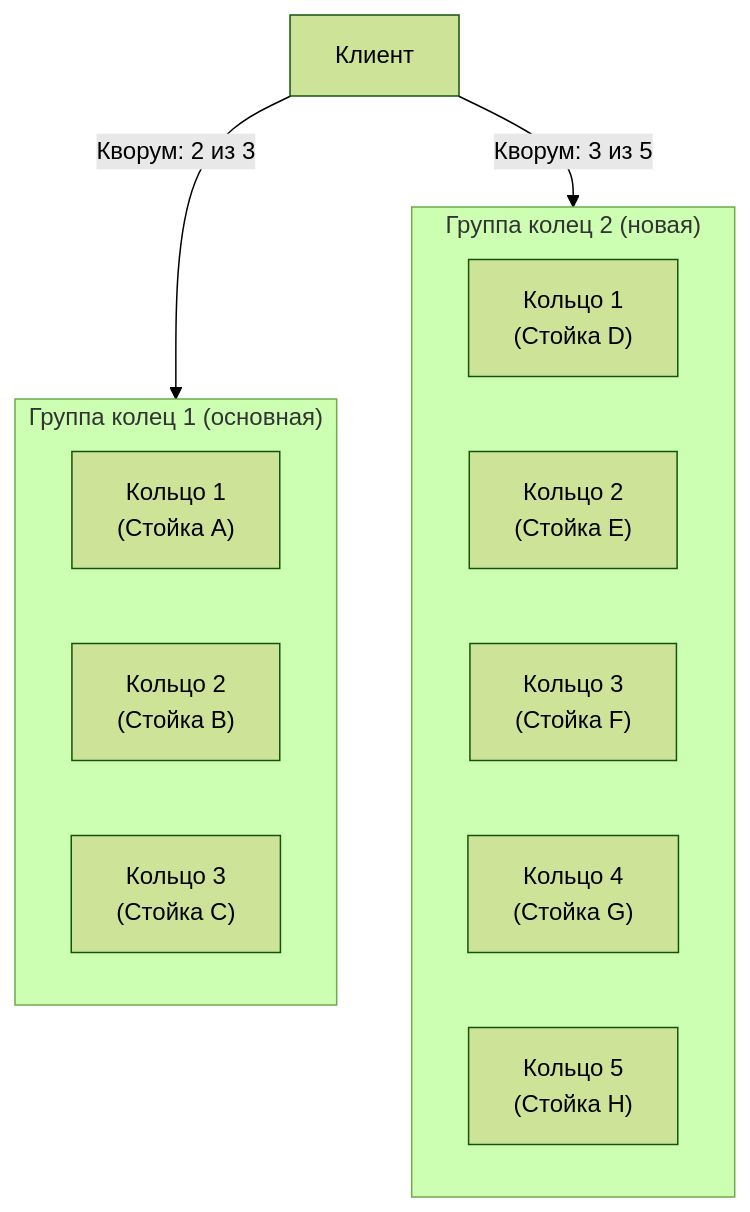
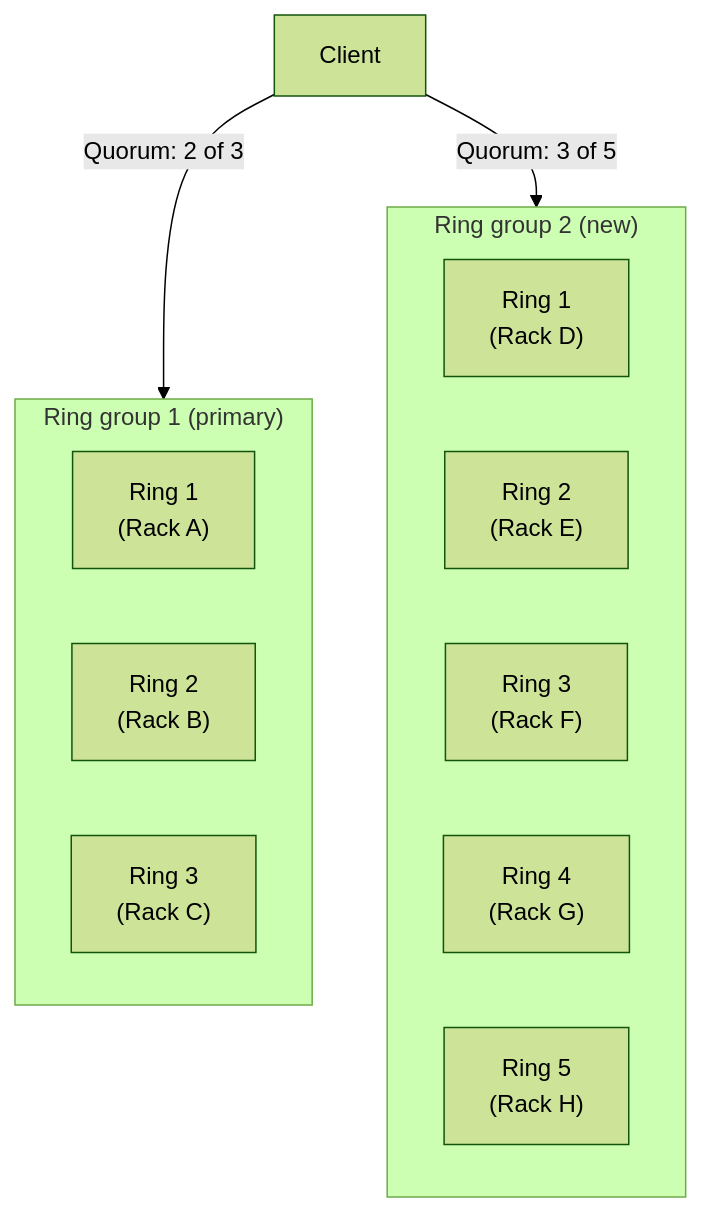
Before and after one commit to ydb-platform/ydb: the fourth of 4 diagrams in ydb/docs/en/core/contributor/metadata-distribution.md, drawn with Mermaid (forest theme). The commit also changed other lines of this file and 1 other file, not shown here.

First line of the commit message:
Add glossary metadata-services links; translate mermaid diagrams to EN.

````diff
--- a/ydb/docs/en/core/contributor/metadata-distribution.md
+++ b/ydb/docs/en/core/contributor/metadata-distribution.md
@@ -256,17 +256,17 @@
 ```mermaid
 graph TD
-    subgraph G1["Группа колец 1 (основная)"]
-        G1R1["Кольцо 1\n(Стойка A)"]
-        G1R2["Кольцо 2\n(Стойка B)"]
-        G1R3["Кольцо 3\n(Стойка C)"]
+    subgraph G1["Ring group 1 (primary)"]
+        G1R1["Ring 1\n(Rack A)"]
+        G1R2["Ring 2\n(Rack B)"]
+        G1R3["Ring 3\n(Rack C)"]
     end
-    subgraph G2["Группа колец 2 (новая)"]
-        G2R1["Кольцо 1\n(Стойка D)"]
-        G2R2["Кольцо 2\n(Стойка E)"]
-        G2R3["Кольцо 3\n(Стойка F)"]
-        G2R4["Кольцо 4\n(Стойка G)"]
-        G2R5["Кольцо 5\n(Стойка H)"]
+    subgraph G2["Ring group 2 (new)"]
+        G2R1["Ring 1\n(Rack D)"]
+        G2R2["Ring 2\n(Rack E)"]
+        G2R3["Ring 3\n(Rack F)"]
+        G2R4["Ring 4\n(Rack G)"]
+        G2R5["Ring 5\n(Rack H)"]
     end
-    Client["Клиент"] --Кворум: 2 из 3--> G1
-    Client --Кворум: 3 из 5--> G2
+    Client["Client"] --Quorum: 2 of 3--> G1
+    Client --Quorum: 3 of 5--> G2
 ```
````
